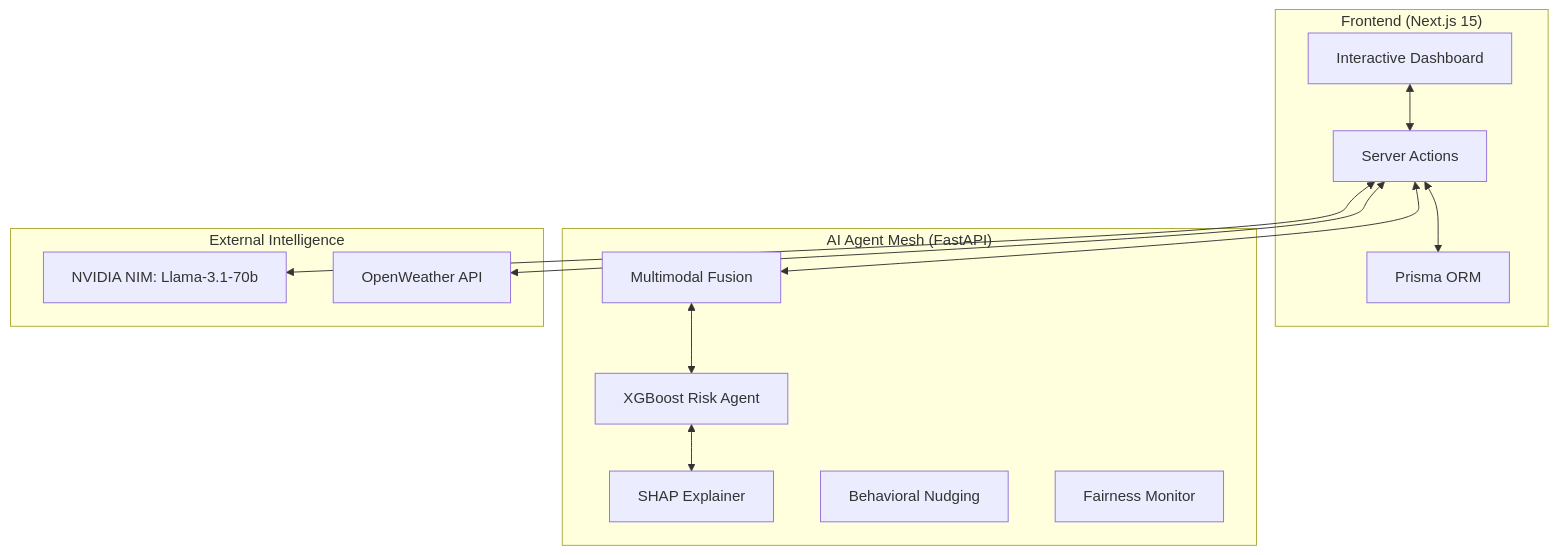
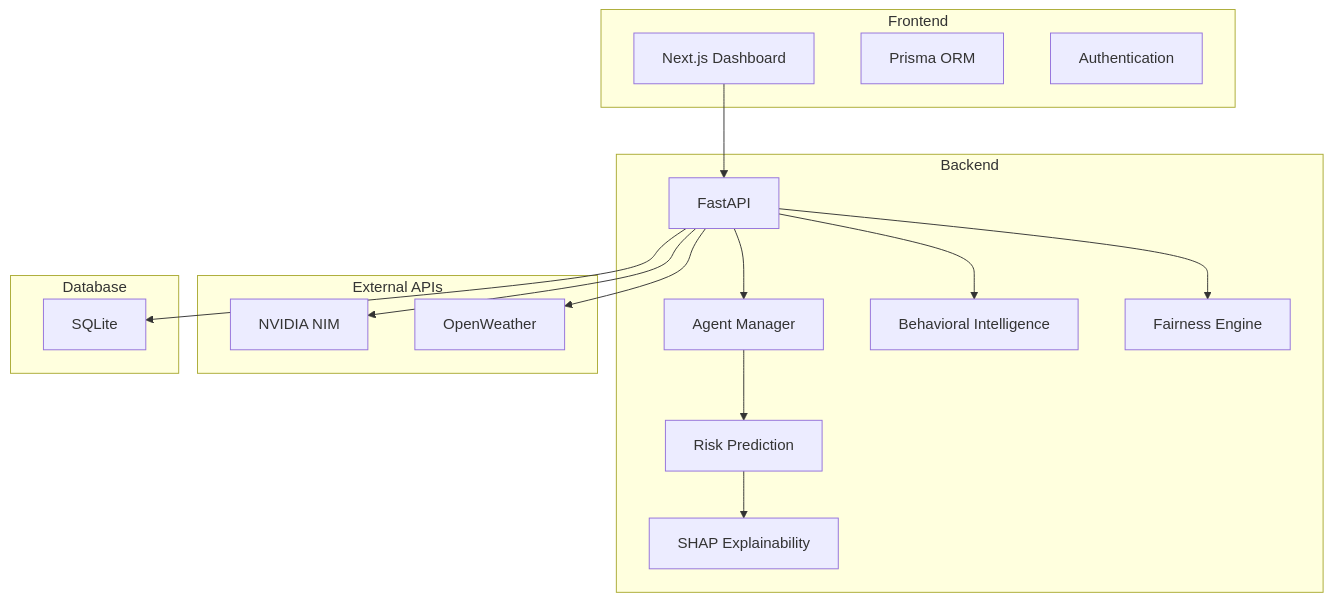
Before and after one commit to W-govind/AASMA: the diagram in README.md, drawn with Mermaid. The commit also changed other lines of this file, not shown here.

````diff
--- a/README.md
+++ b/README.md
@@ -32,29 +139,61 @@
 ```mermaid
 graph TD
-    subgraph "Frontend (Next.js 15)"
-        UI[Interactive Dashboard]
-        ACT[Server Actions]
-        PRISMA[Prisma ORM]
-    end
 
-    subgraph "AI Agent Mesh (FastAPI)"
-        AG1[Multimodal Fusion]
-        AG2[XGBoost Risk Agent]
-        AG3[SHAP Explainer]
-        AG4[Behavioral Nudging]
-        AG5[Fairness Monitor]
-    end
+subgraph Frontend
 
-    subgraph "External Intelligence"
-        NIM[NVIDIA NIM: Llama-3.1-70b]
-        WTH[OpenWeather API]
-    end
+A[Next.js Dashboard]
 
-    UI <--> ACT
-    ACT <--> PRISMA
-    ACT <--> AG1
-    AG1 <--> AG2
-    AG2 <--> AG3
-    ACT <--> NIM
-    ACT <--> WTH
+B[Prisma ORM]
+
+C[Authentication]
+
+end
+
+subgraph Backend
+
+D[FastAPI]
+
+E[Agent Manager]
+
+F[Risk Prediction]
+
+G[SHAP Explainability]
+
+H[Behavioral Intelligence]
+
+I[Fairness Engine]
+
+end
+
+subgraph External APIs
+
+J[NVIDIA NIM]
+
+K[OpenWeather]
+
+end
+
+subgraph Database
+
+L[SQLite]
+
+end
+
+A --> D
+
+D --> E
+
+E --> F
+
+F --> G
+
+D --> H
+
+D --> I
+
+D --> J
+
+D --> K
+
+D --> L
 ```
````
